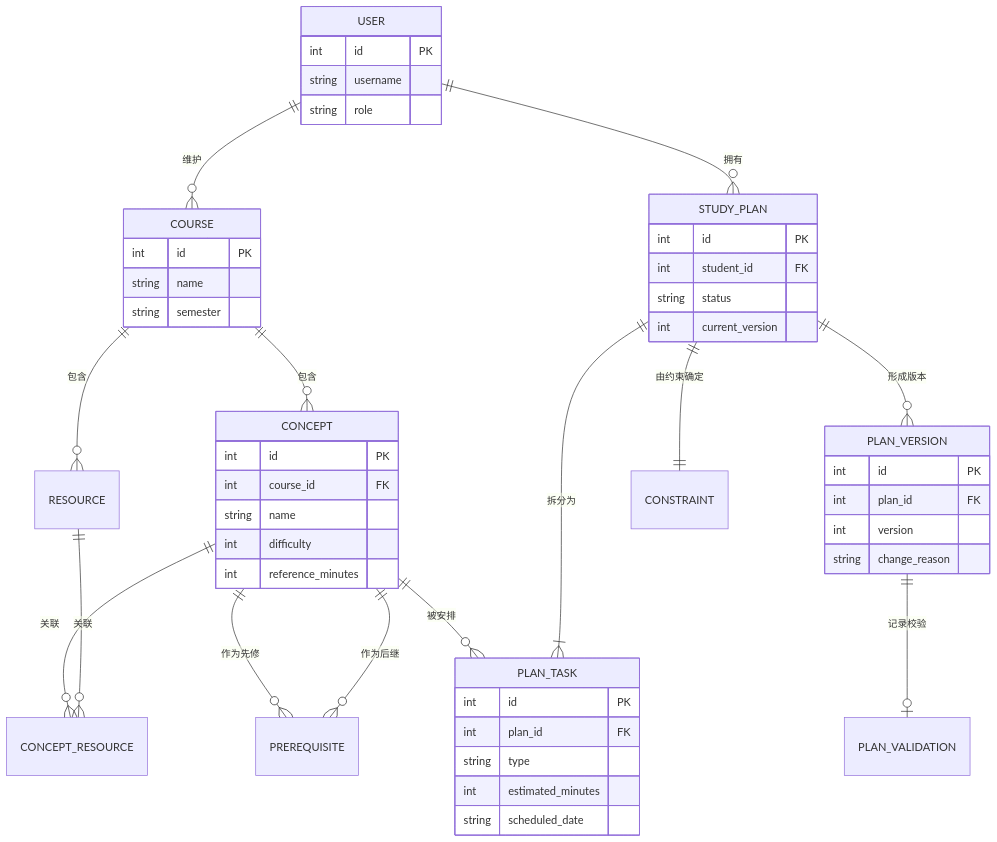
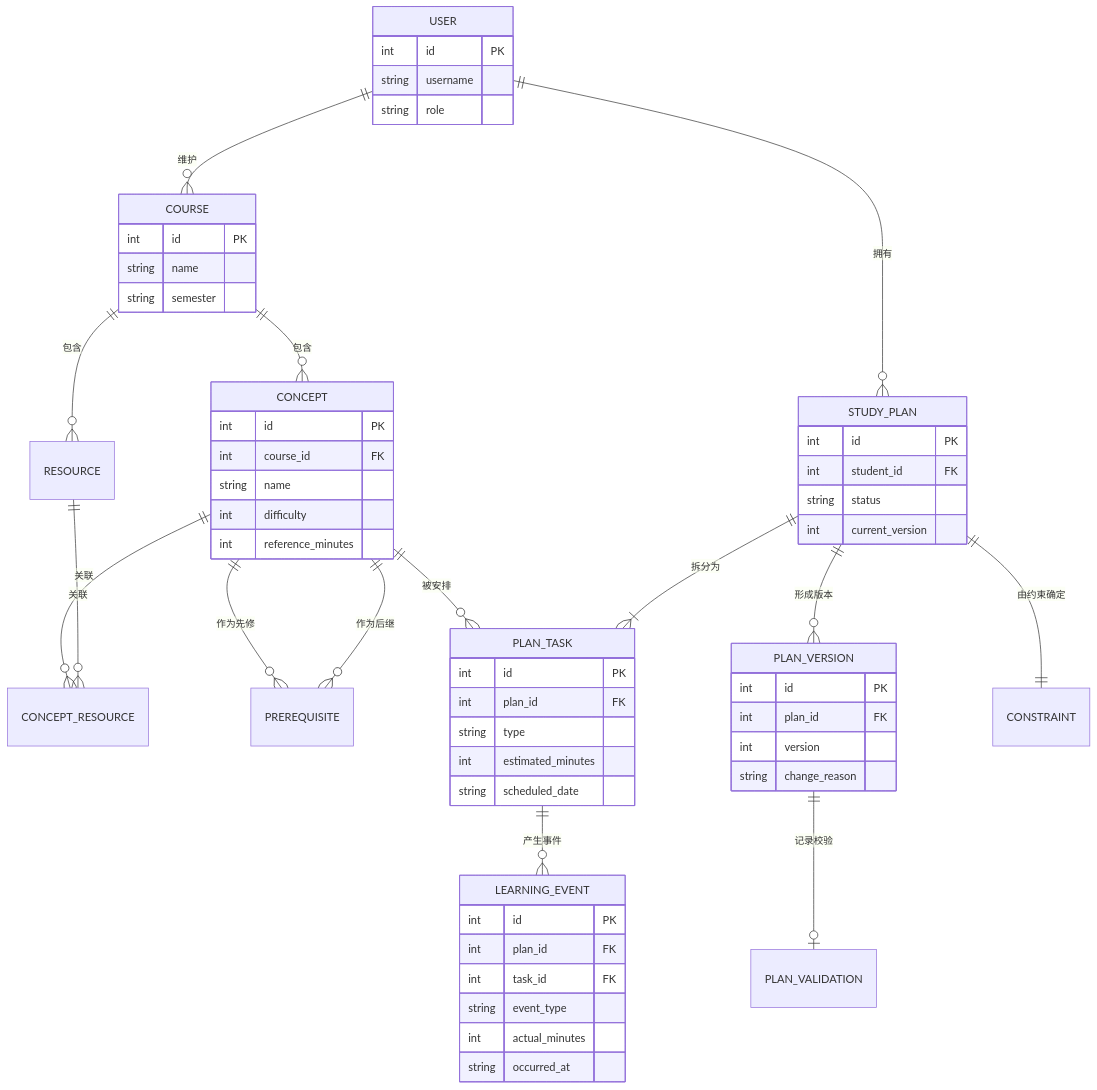
The diagram in docs/02_需求/figures/src/fig-3-8-er.mmd (PeiChen1215/CoursePlan), drawn with Mermaid before and after one commit. The commit also changed 17 other files, not shown here.

Commit message:
docs(D02): v2.4 补 3 张泳道图、修 6 处图文矛盾、补元信息表与目录

```diff
--- a/docs/02_需求/figures/src/fig-3-8-er.mmd
+++ b/docs/02_需求/figures/src/fig-3-8-er.mmd
@@ -1,51 +1,60 @@
 erDiagram
     USER ||--o{ STUDY_PLAN : "拥有"
     USER ||--o{ COURSE : "维护"
     COURSE ||--o{ CONCEPT : "包含"
     COURSE ||--o{ RESOURCE : "包含"
     CONCEPT ||--o{ CONCEPT_RESOURCE : "关联"
     RESOURCE ||--o{ CONCEPT_RESOURCE : "关联"
     CONCEPT ||--o{ PREREQUISITE : "作为先修"
     CONCEPT ||--o{ PREREQUISITE : "作为后继"
     CONCEPT ||--o{ PLAN_TASK : "被安排"
     STUDY_PLAN ||--|{ PLAN_TASK : "拆分为"
     STUDY_PLAN ||--o{ PLAN_VERSION : "形成版本"
     STUDY_PLAN ||--|| CONSTRAINT : "由约束确定"
     PLAN_VERSION ||--o| PLAN_VALIDATION : "记录校验"
+    PLAN_TASK ||--o{ LEARNING_EVENT : "产生事件"
 
     USER {
         int id PK
         string username
         string role
     }
     COURSE {
         int id PK
         string name
         string semester
     }
     CONCEPT {
         int id PK
         int course_id FK
         string name
         int difficulty
         int reference_minutes
     }
     STUDY_PLAN {
         int id PK
         int student_id FK
         string status
         int current_version
     }
     PLAN_TASK {
         int id PK
         int plan_id FK
         string type
         int estimated_minutes
         string scheduled_date
     }
     PLAN_VERSION {
         int id PK
         int plan_id FK
         int version
         string change_reason
     }
+    LEARNING_EVENT {
+        int id PK
+        int plan_id FK
+        int task_id FK
+        string event_type
+        int actual_minutes
+        string occurred_at
+    }
```
